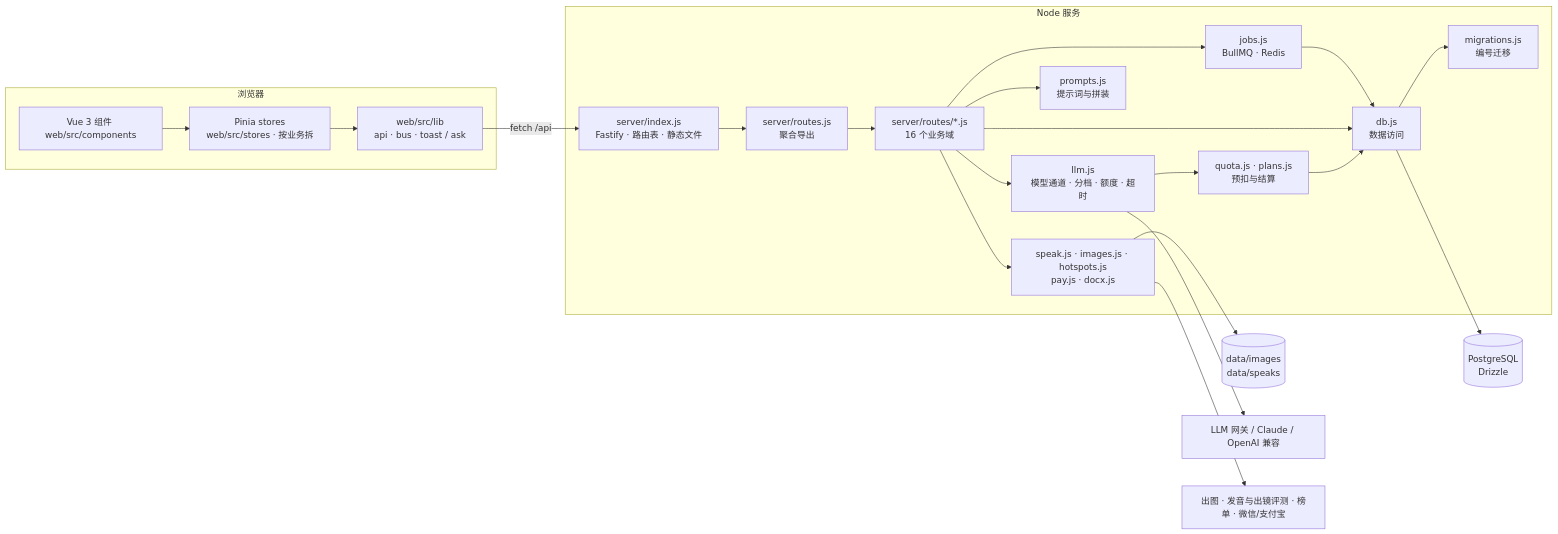
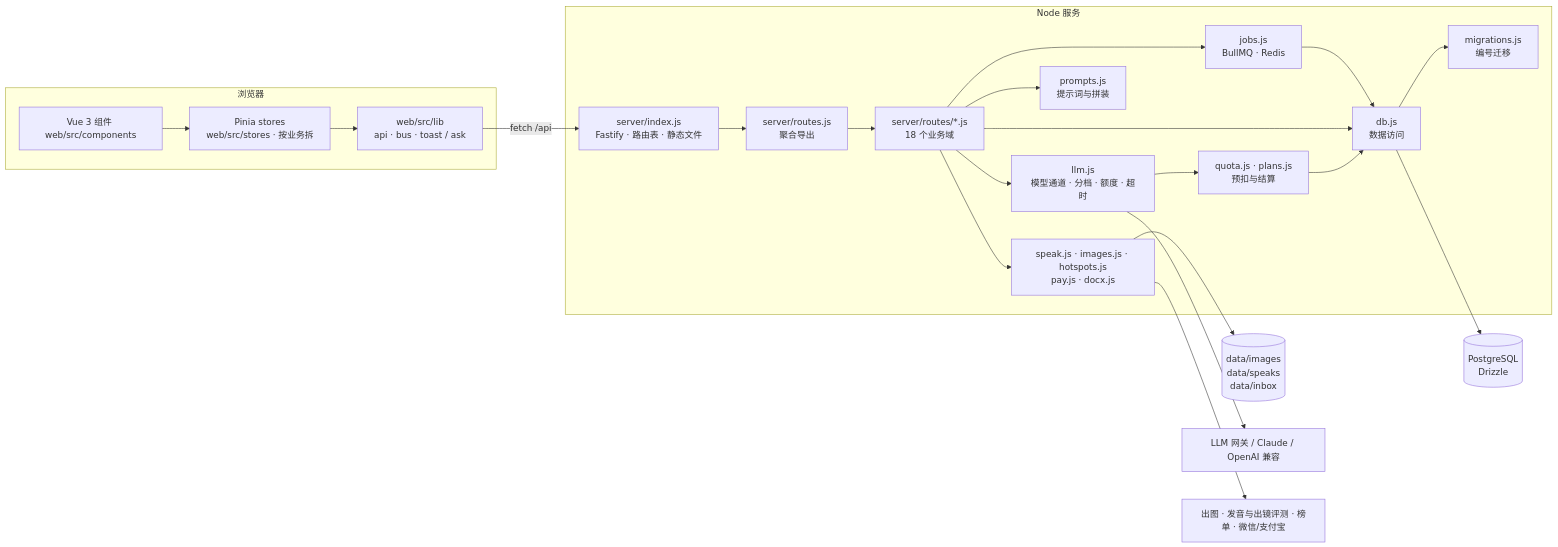
One commit to wjh2113/ip-studio changed the diagram in docs/ARCHITECTURE.md. Above: the diagram before and after it, drawn with Mermaid. The commit also changed other lines of this file and 16 other files, not shown here.

````diff
--- a/docs/ARCHITECTURE.md
+++ b/docs/ARCHITECTURE.md
@@ -8,25 +8,25 @@
 ```mermaid
 flowchart LR
   subgraph 浏览器
     A[Vue 3 组件 web/src/components] --> F[Pinia stores<br/>web/src/stores · 按业务拆]
     F --> C[web/src/lib<br/>api · bus · toast / ask]
   end
   subgraph Node 服务
     I[server/index.js<br/>Fastify · 路由表 · 静态文件] --> R[server/routes.js<br/>聚合导出]
-    R --> RD[server/routes/*.js<br/>16 个业务域]
+    R --> RD[server/routes/*.js<br/>18 个业务域]
     RD --> L[llm.js<br/>模型通道 · 分档 · 额度 · 超时]
     RD --> P[prompts.js<br/>提示词与拼装]
     RD --> S[speak.js · images.js · hotspots.js<br/>pay.js · docx.js]
     RD --> J[jobs.js<br/>BullMQ · Redis]
     J --> D
     L --> Q[quota.js · plans.js<br/>预扣与结算]
     RD --> D[db.js<br/>数据访问]
     Q --> D
     D --> M[migrations.js<br/>编号迁移]
   end
   C -- fetch /api --> I
   D --> DB[(PostgreSQL<br/>Drizzle)]
-  S --> FS[(data/images<br/>data/speaks)]
+  S --> FS[(data/images<br/>data/speaks<br/>data/inbox)]
   L --> GW[LLM 网关 / Claude / OpenAI 兼容]
   S --> EXT[出图 · 发音与出镜评测 · 榜单 · 微信/支付宝]
 ```
````
